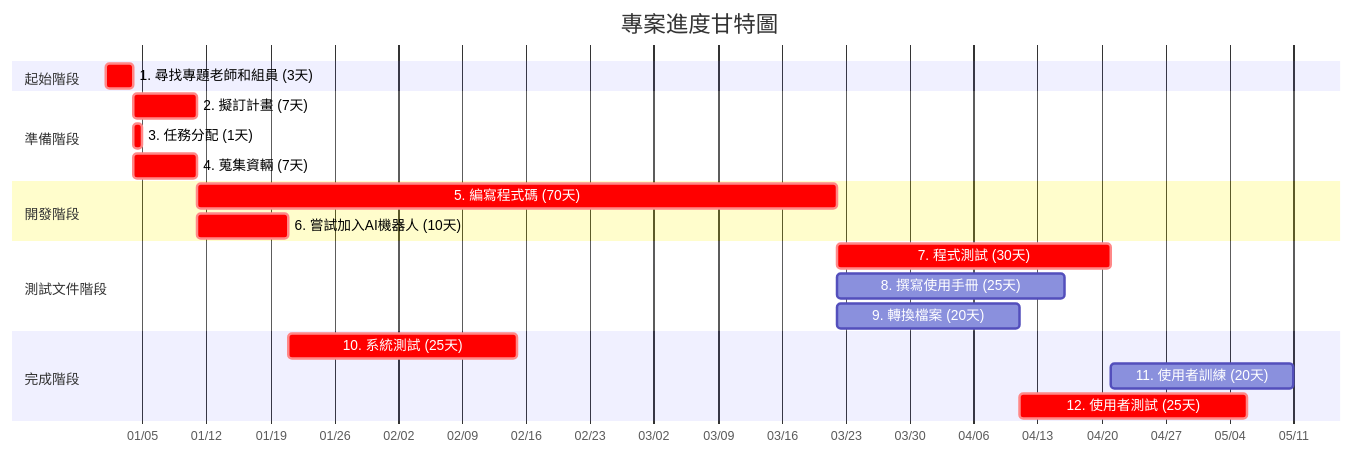
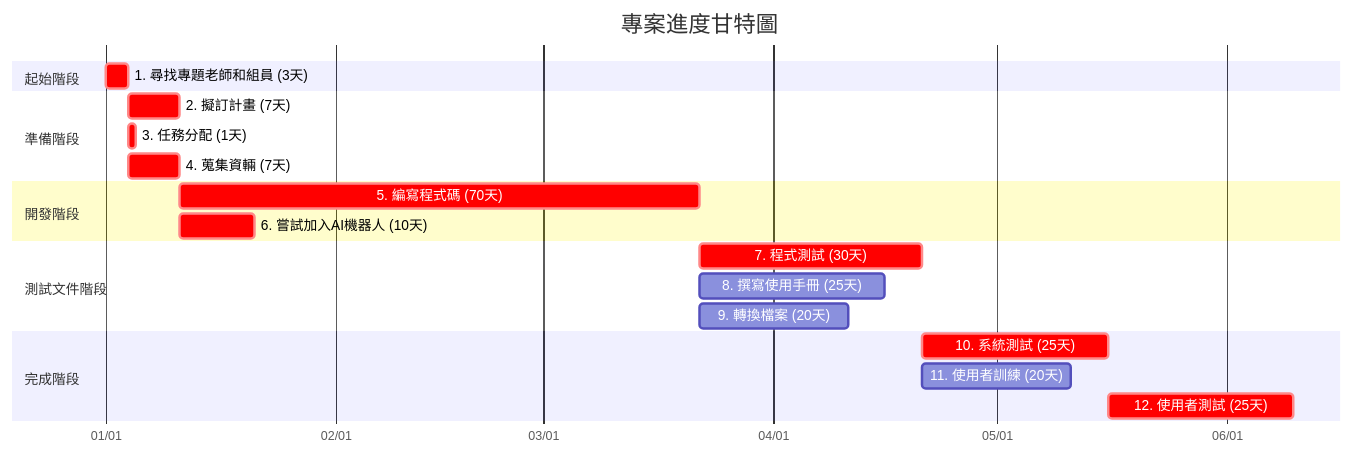
One commit to c112118202-droid/- changed the second of 3 diagrams in hw2.md. Above: the diagram before and after it, drawn with Mermaid.

````diff
--- a/hw2.md
+++ b/hw2.md
@@ -28,28 +28,28 @@
 ```mermaid
 gantt
     title 專案進度甘特圖
     dateFormat YYYY-MM-DD
     axisFormat %m/%d
     
     section 起始階段
     1. 尋找專題老師和組員 (3天)     :crit, m1, 2025-01-01, 3d
     
     section 準備階段
     2. 擬訂計畫 (7天)     :crit, m2, after m1, 7d
     3. 任務分配 (1天)    :crit, m3, after m1, 1d
     4. 蒐集資輛 (7天)    :crit, m4, after m1, 7d
 
     section 開發階段
     5. 編寫程式碼 (70天)    :crit, m5, after m2, 70d
     6. 嘗試加入AI機器人 (10天)    :crit, m6, after m4, 10d
     
     section 測試文件階段
     7. 程式測試 (30天)    :crit, m7, after m5, 30d
     8. 撰寫使用手冊 (25天) :m8, after m5, 25d
     9. 轉換檔案 (20天)     :m9, after m5, 20d
     
     section 完成階段
-    10. 系統測試 (25天)    :crit, m10, after m6, 25d
+    10. 系統測試 (25天)    :crit, m10, after m7, 25d
     11. 使用者訓練 (20天)  :m11, after m7 m8, 20d
     12. 使用者測試 (25天)  :crit, m12, after m9 m10, 25d
 ```
````
